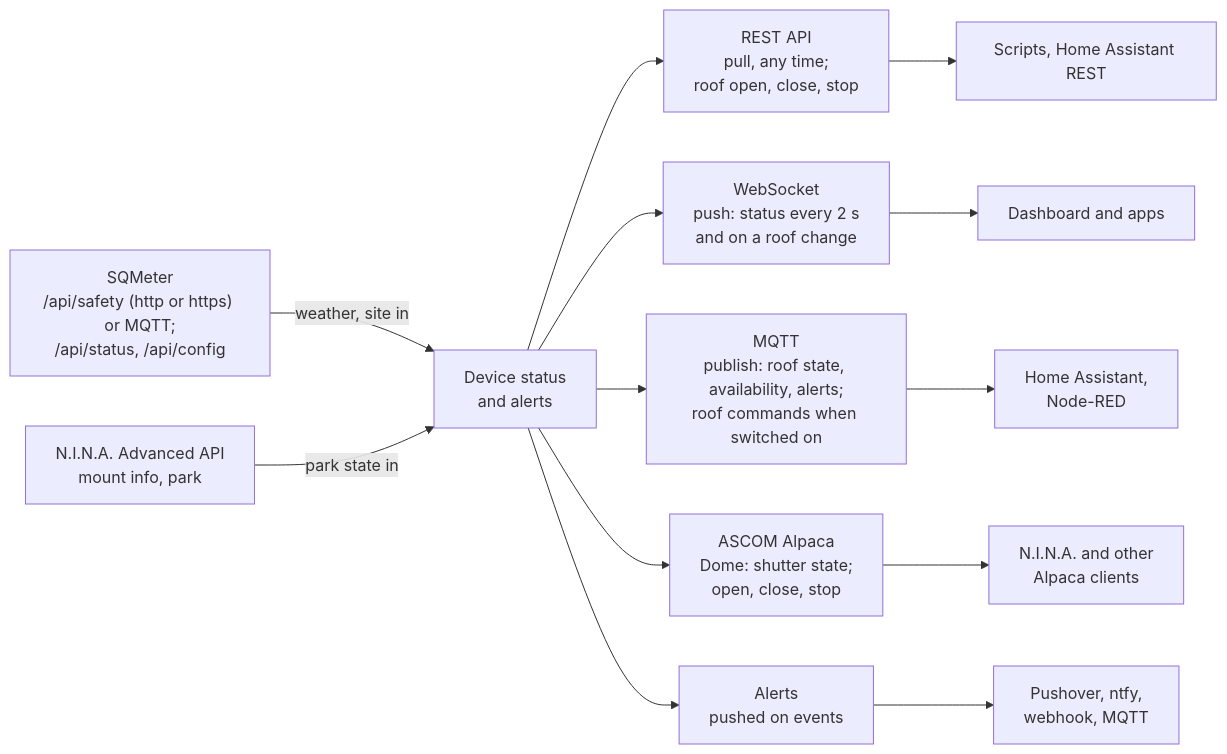
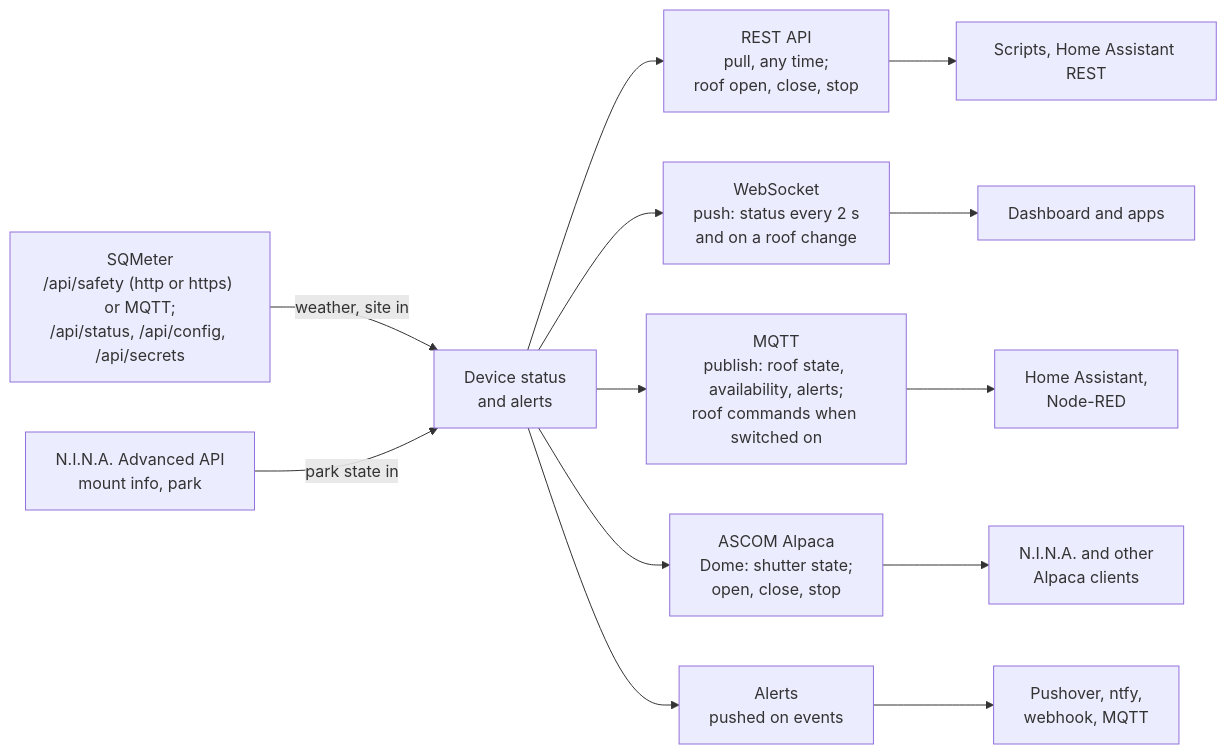
One commit to DeanJ87/RoofRoof changed the diagram in docs/api/integrations.md. Above: the diagram before and after it, drawn with Mermaid. The commit also changed other lines of this file and 19 other files, not shown here.

Commit message:
024: docs, contract schemas, OpenAPI, diagrams re-confirmed, sizes recorded

````diff
--- a/docs/api/integrations.md
+++ b/docs/api/integrations.md
@@ -18,18 +18,18 @@
 ```mermaid
 flowchart LR
     accTitle: Integration paths
-    accDescr: The device status feeds four paths. REST is pulled by scripts and can command the roof; WebSocket pushes the status live to the dashboard and apps; MQTT publishes the roof's state, availability and alerts to a broker for Home Assistant and, when switched on, takes its open, close and stop commands; Alpaca serves the roof as a Dome that N.I.N.A. and other clients can open, close and stop; alerts are pushed to phones and services. Inbound, the device reads SQMeter's weather verdict, its location and its shared settings (copied or kept in step), and N.I.N.A.'s mount state.
+    accDescr: The device status feeds four paths. REST is pulled by scripts and can command the roof; WebSocket pushes the status live to the dashboard and apps; MQTT publishes the roof's state, availability and alerts to a broker for Home Assistant and, when switched on, takes its open, close and stop commands; Alpaca serves the roof as a Dome that N.I.N.A. and other clients can open, close and stop; alerts are pushed to phones and services. Inbound, the device reads SQMeter's weather verdict, its location, its shared settings and, when SQMeter shares them, its secrets (copied or kept in step), and N.I.N.A.'s mount state.
     DATA["Device status<br/>and alerts"]
     DATA --> REST["REST API<br/>pull, any time;<br/>roof open, close, stop"]
     DATA --> WS["WebSocket<br/>push: status every 2 s<br/>and on a roof change"]
     DATA --> MQTT["MQTT<br/>publish: roof state, availability, alerts;<br/>roof commands when switched on"]
     DATA --> ALPACA["ASCOM Alpaca<br/>Dome: shutter state;<br/>open, close, stop"]
     DATA --> ALERTS["Alerts<br/>pushed on events"]
     REST --> SCRIPTS["Scripts, Home Assistant REST"]
     WS --> UI["Dashboard and apps"]
     MQTT --> HA["Home Assistant,<br/>Node-RED"]
     ALPACA --> NINA["N.I.N.A. and other<br/>Alpaca clients"]
     ALERTS --> PHONES["Pushover, ntfy,<br/>webhook, MQTT"]
-    SQM["SQMeter<br/>/api/safety (http or https) or MQTT;<br/>/api/status, /api/config"] -->|weather, site in| DATA
+    SQM["SQMeter<br/>/api/safety (http or https) or MQTT;<br/>/api/status, /api/config, /api/secrets"] -->|weather, site in| DATA
     NAPI["N.I.N.A. Advanced API<br/>mount info, park"] -->|park state in| DATA
 ```
````
